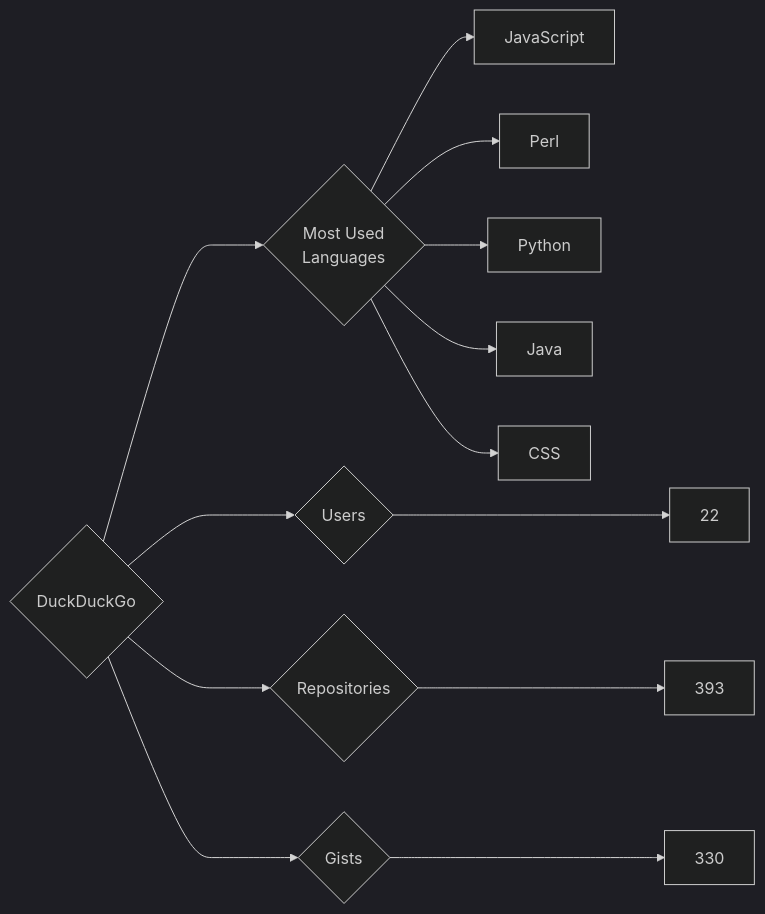
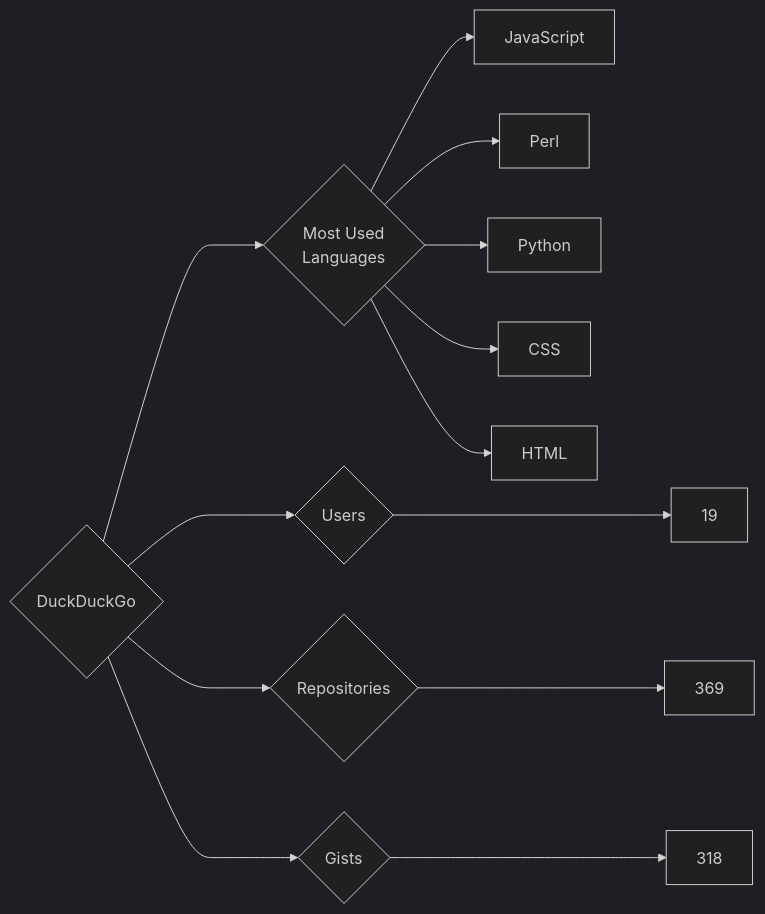
One commit to trickest/insiders changed the diagram in targets/DuckDuckGo/README.md. Above: the diagram before and after it, drawn with Mermaid (dark theme). The commit also changed 826 other files, not shown here.

````diff
--- a/targets/DuckDuckGo/README.md
+++ b/targets/DuckDuckGo/README.md
@@ -3,13 +3,13 @@
 ```mermaid
 graph LR
 COMPANY_NAME{DuckDuckGo}
-COMPANY_NAME ---> U{Users} ---> UN[22]
-COMPANY_NAME ---> R{Repositories} ---> RN[393]
-COMPANY_NAME ---> G{Gists} ---> GN[330]
+COMPANY_NAME ---> U{Users} ---> UN[19]
+COMPANY_NAME ---> R{Repositories} ---> RN[369]
+COMPANY_NAME ---> G{Gists} ---> GN[318]
 COMPANY_NAME ---> ML{Most Used<br>Languages}
 ML --> JavaScript[JavaScript]
 ML --> Perl[Perl]
 ML --> Python[Python]
-ML --> Java[Java]
 ML --> CSS[CSS]
+ML --> HTML[HTML]
 ```
````
